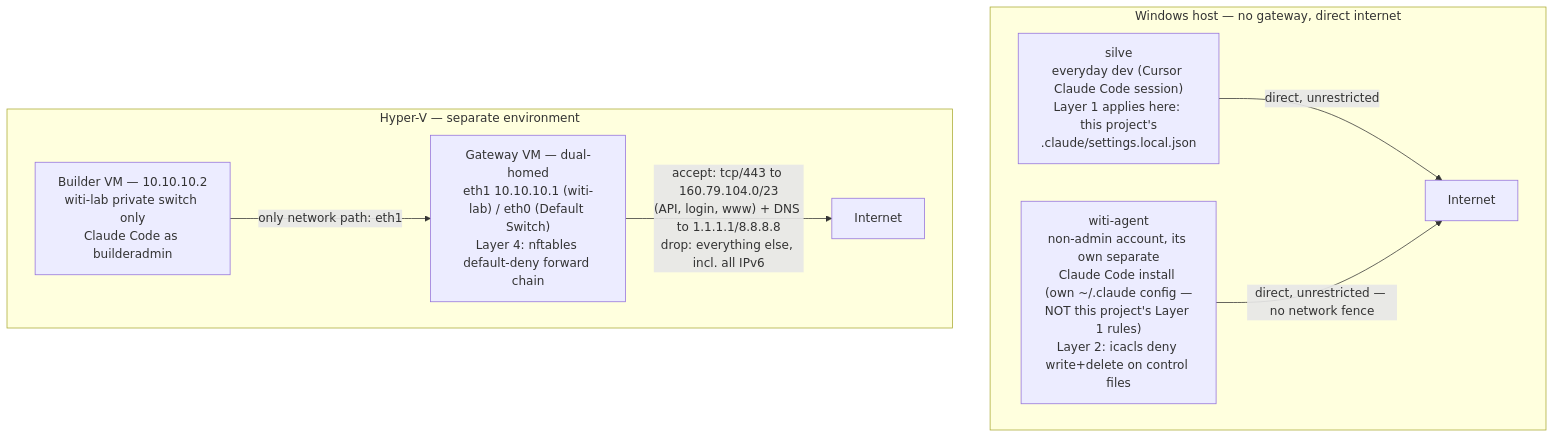
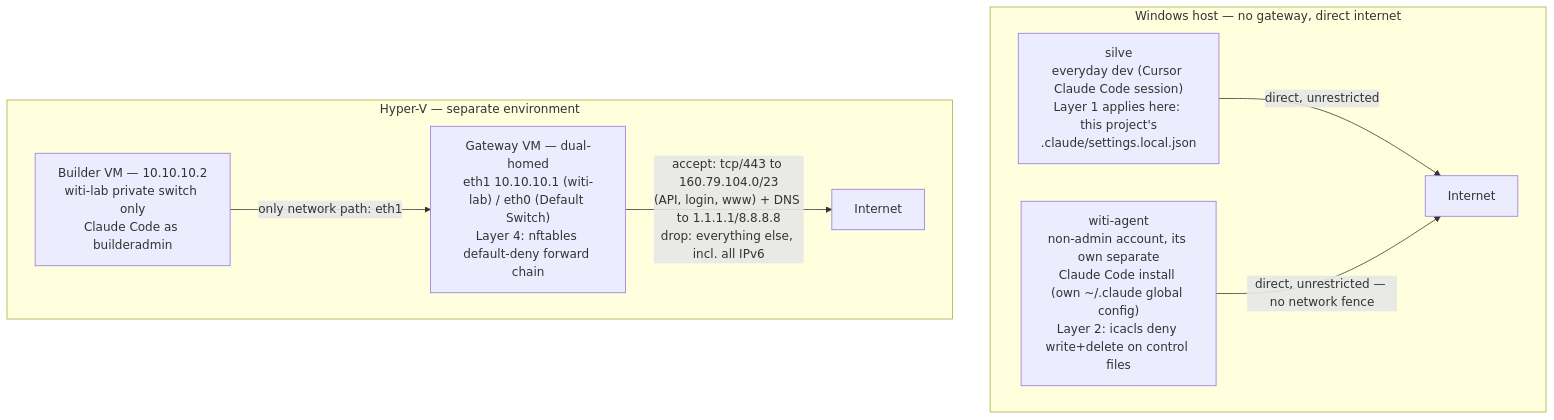
Before and after one commit to benjaminsilvert/WITI-Agent: the diagram in docs/build-environment.md, drawn with Mermaid. The commit also changed other lines of this file and 2 other files, not shown here.

````diff
--- a/docs/build-environment.md
+++ b/docs/build-environment.md
@@ -18,18 +19,18 @@
 ```mermaid
 graph TD
     subgraph HOST["Windows host — no gateway, direct internet"]
         SILVE["silve<br/>everyday dev (Cursor Claude Code session)<br/>Layer 1 applies here: this project's<br/>.claude/settings.local.json"]
-        WITIAGENT["witi-agent<br/>non-admin account, its own separate<br/>Claude Code install (own ~/.claude config —<br/>NOT this project's Layer 1 rules)<br/>Layer 2: icacls deny write+delete on control files"]
+        WITIAGENT["witi-agent<br/>non-admin account, its own separate<br/>Claude Code install (own ~/.claude global config)<br/>Layer 2: icacls deny write+delete on control files"]
         INET1["Internet"]
         SILVE -->|direct, unrestricted| INET1
         WITIAGENT -->|direct, unrestricted — no network fence| INET1
     end
 
     subgraph HYPERV["Hyper-V — separate environment"]
         BUILDER["Builder VM — 10.10.10.2<br/>witi-lab private switch only<br/>Claude Code as builderadmin"]
         GATEWAY["Gateway VM — dual-homed<br/>eth1 10.10.10.1 (witi-lab) / eth0 (Default Switch)<br/>Layer 4: nftables default-deny forward chain"]
         INET2["Internet"]
         BUILDER -->|only network path: eth1| GATEWAY
         GATEWAY -->|"accept: tcp/443 to 160.79.104.0/23<br/>(API, login, www) + DNS to 1.1.1.1/8.8.8.8<br/>drop: everything else, incl. all IPv6"| INET2
     end
 ```
````
